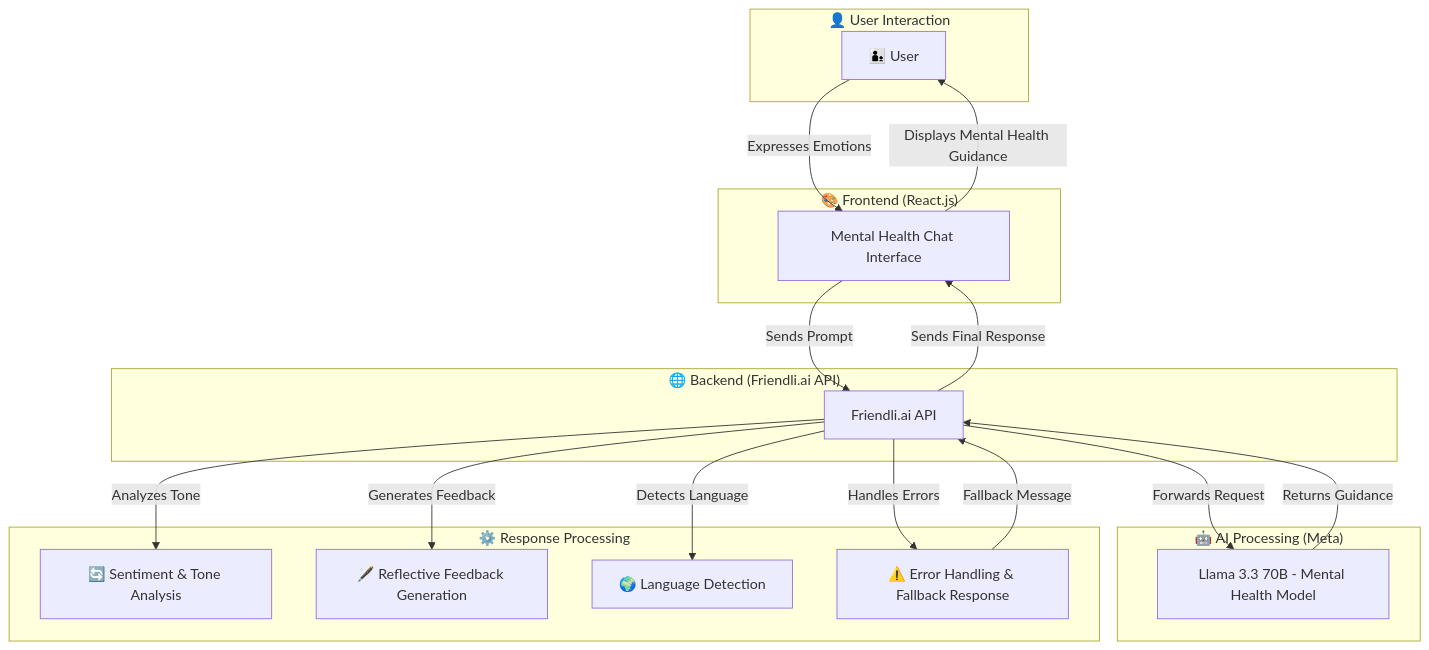
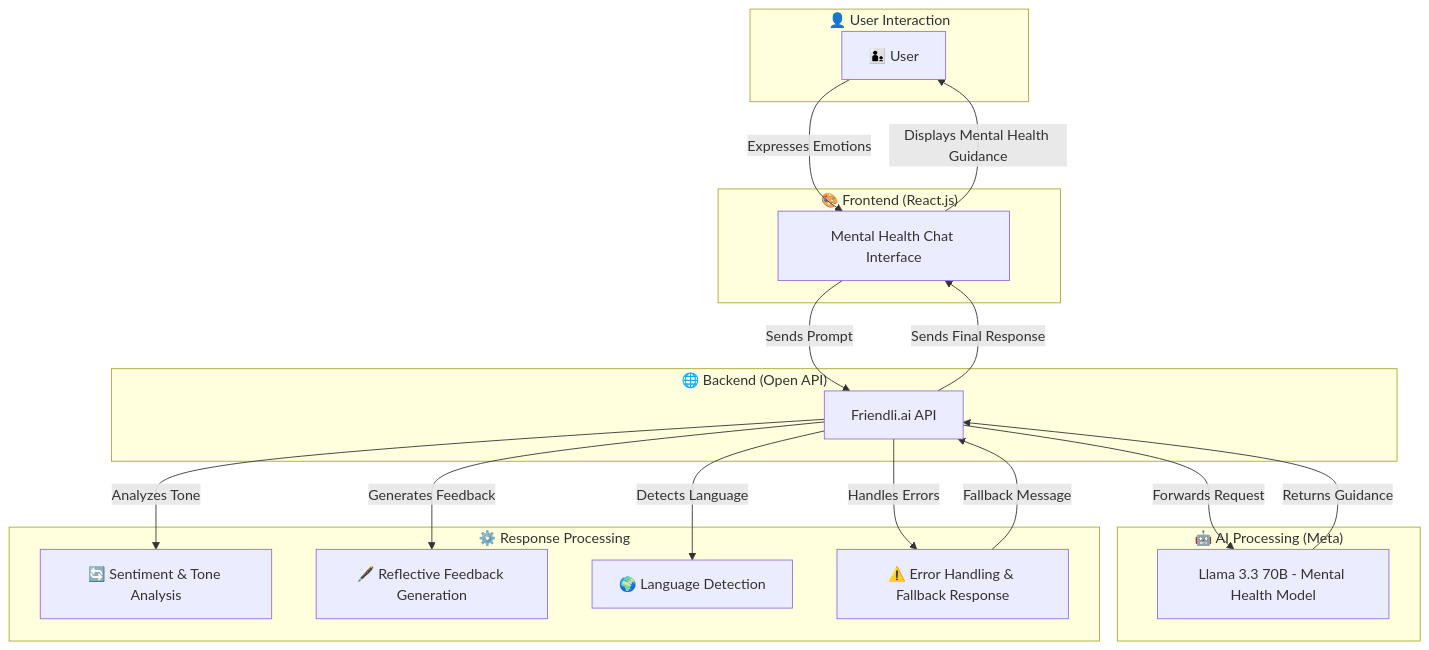
One commit to John-Mukhwana/Checkmate changed the first of 2 diagrams in README.md. Above: the diagram before and after it, drawn with Mermaid. The commit also changed other lines of this file, not shown here.

Commit message:
feat: Update README to reflect API changes and add USSD/SMS flow documentation

````diff
--- a/README.md
+++ b/README.md
@@ -31,37 +31,37 @@
 ```mermaid
 graph TD
     subgraph UserLayer["👤 User Interaction"]
         User[🧑‍🧒 User]
     end
 
     subgraph Frontend["🎨 Frontend (React.js)"]
         UI[Mental Health Chat Interface]
     end
 
-    subgraph Backend["🌐 Backend (Friendli.ai API)"]
+    subgraph Backend["🌐 Backend (Open API)"]
         API[Friendli.ai API]
     end
 
     subgraph AIEngine["🤖 AI Processing (Meta)"]
         Llama[Llama 3.3 70B - Mental Health Model]
     end
 
     subgraph ResponseHandler["⚙️ Response Processing"]
         ToneCheck[🔄 Sentiment & Tone Analysis]
         Reflect[🖋️ Reflective Feedback Generation]
         LangDetect[🌍 Language Detection]
         ErrorHandler[⚠️ Error Handling & Fallback Response]
     end
 
     User -->|Expresses Emotions| UI
     UI -->|Sends Prompt| API
     API -->|Forwards Request| Llama
     Llama -->|Returns Guidance| API
     API -->|Analyzes Tone| ToneCheck
     API -->|Generates Feedback| Reflect
     API -->|Detects Language| LangDetect
     API -->|Handles Errors| ErrorHandler
     ErrorHandler -->|Fallback Message| API
     API -->|Sends Final Response| UI
     UI -->|Displays Mental Health Guidance| User
 ```
````
